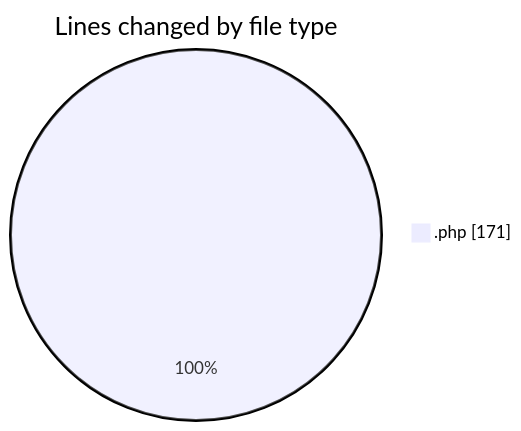
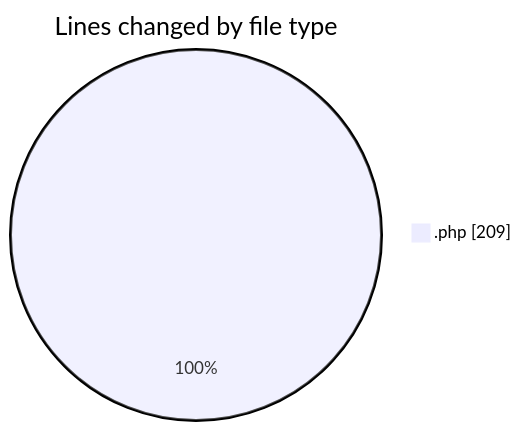
One commit to LanceThiago/code-tracking changed the first of 2 diagrams in 2025-07-16/web/README.md. Above: the diagram before and after it, drawn with Mermaid. The commit also changed other lines of this file and 1 other file, not shown here.

````diff
--- a/2025-07-16/web/README.md
+++ b/2025-07-16/web/README.md
@@ -20,5 +21,5 @@
 ```mermaid
 pie showData
 title Lines changed by file type
-".php" : 171
+".php" : 209
 ```
````
